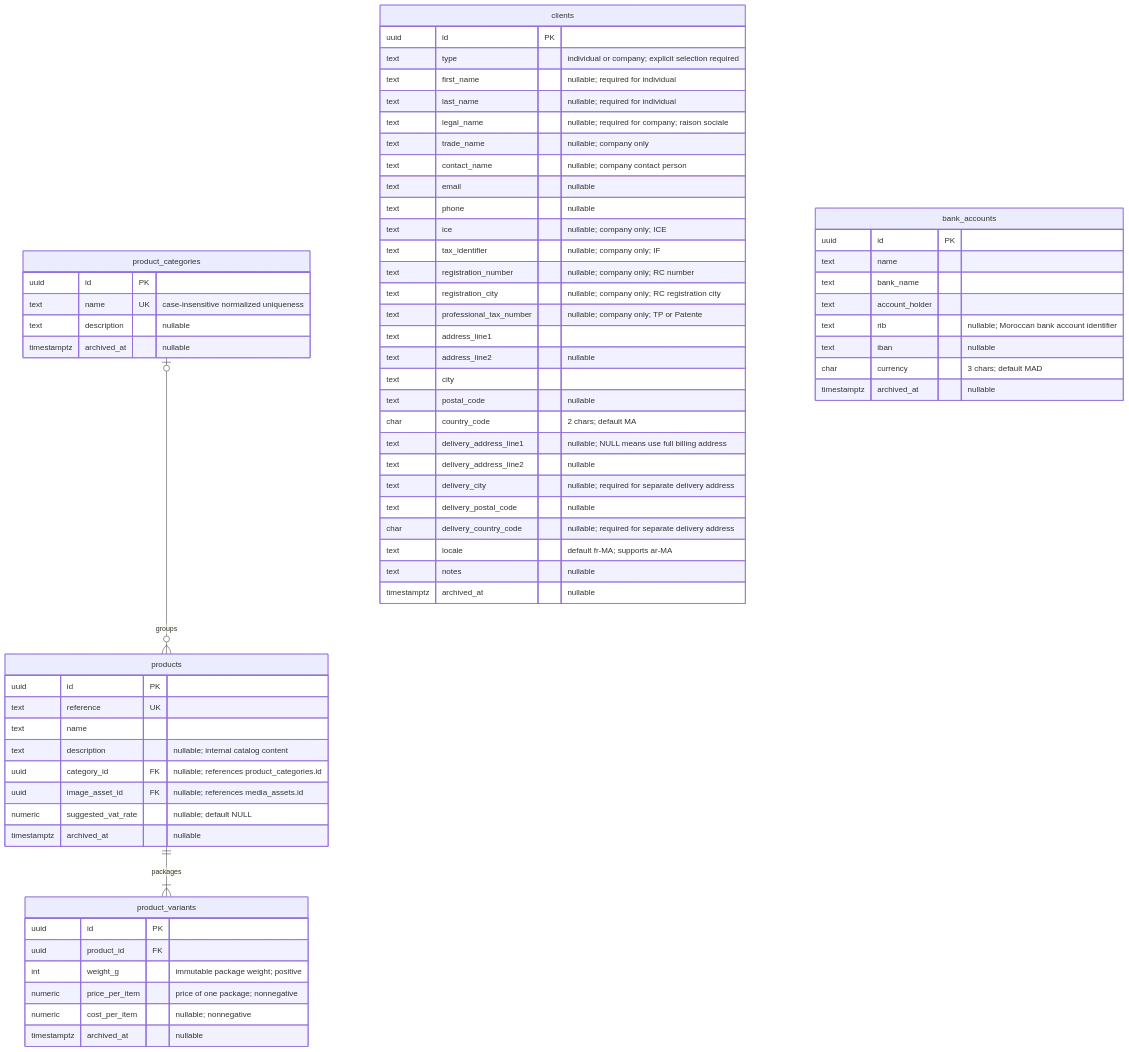
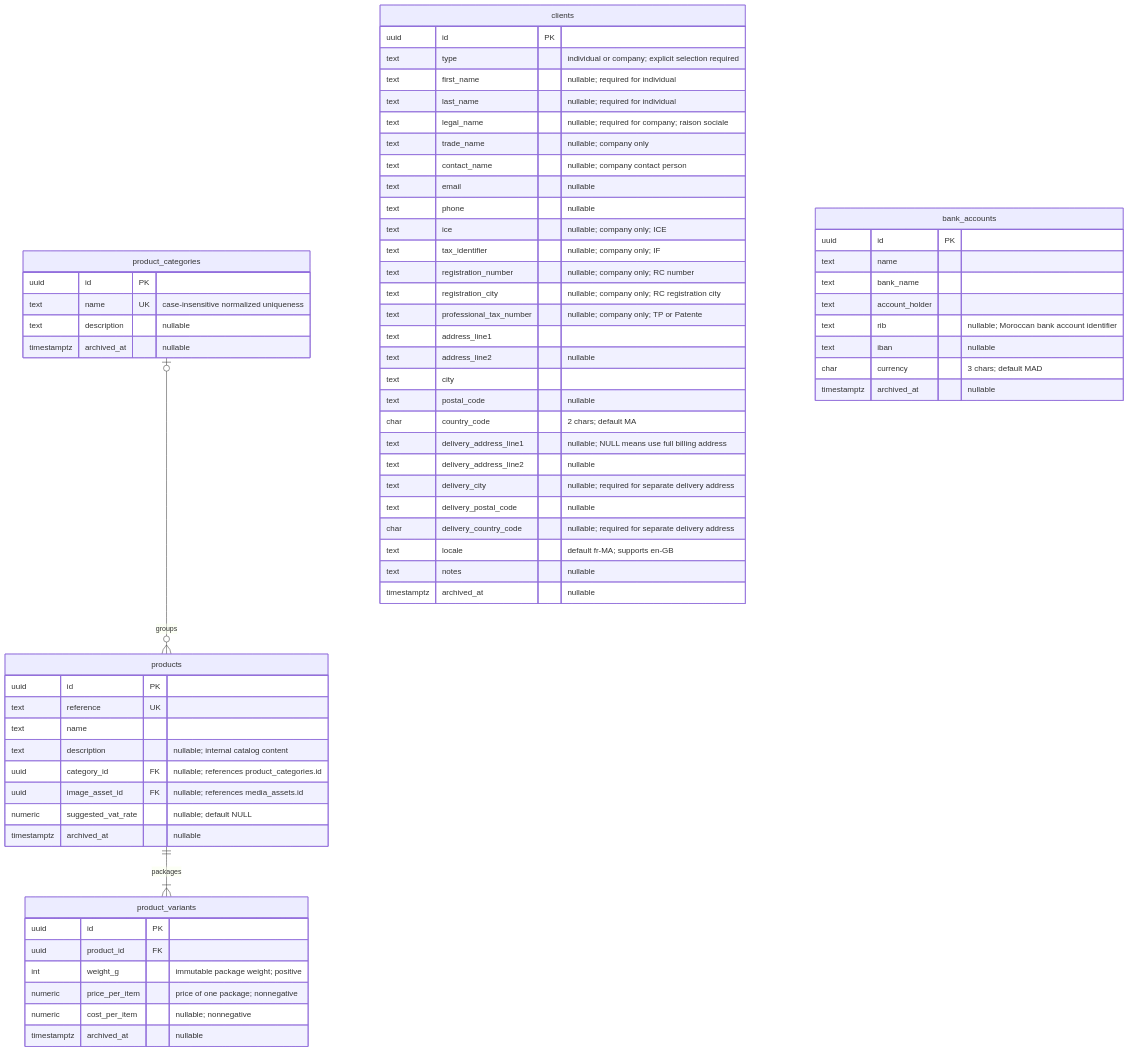
Before and after one commit to bamoya/slama-finance: the seventh of 11 diagrams in docs/database-schema-design.md, drawn with Mermaid. The commit also changed other lines of this file and 79 other files, not shown here.

````diff
--- a/docs/database-schema-design.md
+++ b/docs/database-schema-design.md
@@ -439,68 +439,68 @@
 ```mermaid
 erDiagram
     product_categories o|--o{ products : groups
     products ||--|{ product_variants : packages
     clients {
         uuid id PK
         text type "individual or company; explicit selection required"
         text first_name "nullable; required for individual"
         text last_name "nullable; required for individual"
         text legal_name "nullable; required for company; raison sociale"
         text trade_name "nullable; company only"
         text contact_name "nullable; company contact person"
         text email "nullable"
         text phone "nullable"
         text ice "nullable; company only; ICE"
         text tax_identifier "nullable; company only; IF"
         text registration_number "nullable; company only; RC number"
         text registration_city "nullable; company only; RC registration city"
         text professional_tax_number "nullable; company only; TP or Patente"
         text address_line1
         text address_line2 "nullable"
         text city
         text postal_code "nullable"
         char country_code "2 chars; default MA"
         text delivery_address_line1 "nullable; NULL means use full billing address"
         text delivery_address_line2 "nullable"
         text delivery_city "nullable; required for separate delivery address"
         text delivery_postal_code "nullable"
         char delivery_country_code "nullable; required for separate delivery address"
-        text locale "default fr-MA; supports ar-MA"
+        text locale "default fr-MA; supports en-GB"
         text notes "nullable"
         timestamptz archived_at "nullable"
     }
     product_categories {
         uuid id PK
         text name UK "case-insensitive normalized uniqueness"
         text description "nullable"
         timestamptz archived_at "nullable"
     }
     products {
         uuid id PK
         text reference UK
         text name
         text description "nullable; internal catalog content"
         uuid category_id FK "nullable; references product_categories.id"
         uuid image_asset_id FK "nullable; references media_assets.id"
         numeric suggested_vat_rate "nullable; default NULL"
         timestamptz archived_at "nullable"
     }
     product_variants {
         uuid id PK
         uuid product_id FK
         int weight_g "immutable package weight; positive"
         numeric price_per_item "price of one package; nonnegative"
         numeric cost_per_item "nullable; nonnegative"
         timestamptz archived_at "nullable"
     }
     bank_accounts {
         uuid id PK
         text name
         text bank_name
         text account_holder
         text rib "nullable; Moroccan bank account identifier"
         text iban "nullable"
         char currency "3 chars; default MAD"
         timestamptz archived_at "nullable"
     }
 ```
````
